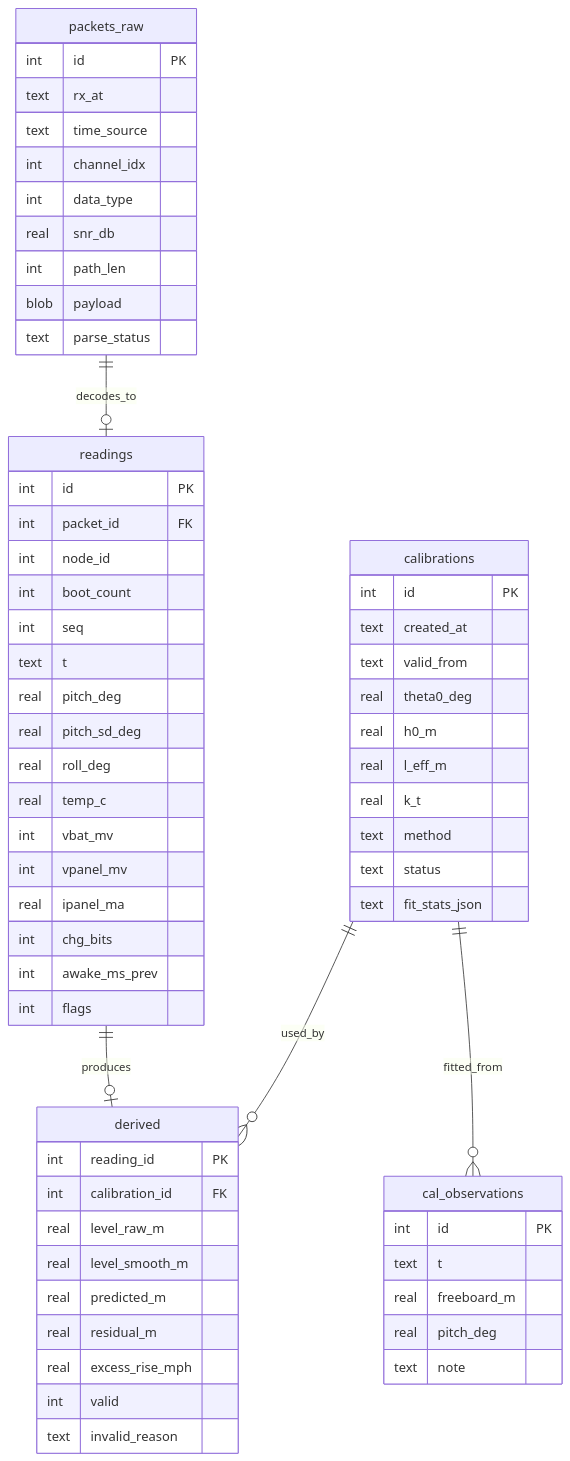
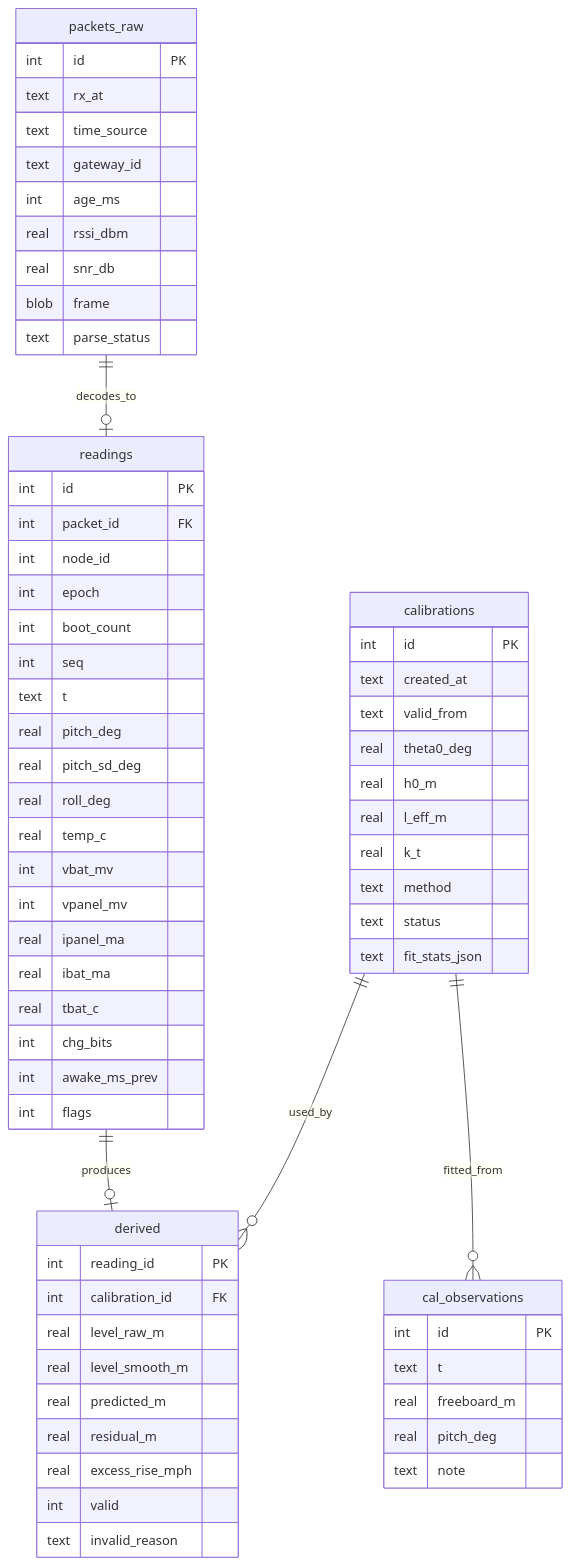
Before and after one commit to nickdnj/lora-ramp-tide-sensor: the sixth of 6 diagrams in docs/ARCHITECTURE.md, drawn with Mermaid. The commit also changed other lines of this file and 7 other files, not shown here.

````diff
--- a/docs/ARCHITECTURE.md
+++ b/docs/ARCHITECTURE.md
@@ -569,66 +627,69 @@
 ```mermaid
 erDiagram
     packets_raw ||--o| readings : decodes_to
     readings ||--o| derived : produces
     calibrations ||--o{ derived : used_by
     calibrations ||--o{ cal_observations : fitted_from
     packets_raw {
         int id PK
         text rx_at
         text time_source
-        int channel_idx
-        int data_type
+        text gateway_id
+        int age_ms
+        real rssi_dbm
         real snr_db
-        int path_len
-        blob payload
+        blob frame
         text parse_status
     }
     readings {
         int id PK
         int packet_id FK
         int node_id
+        int epoch
         int boot_count
         int seq
         text t
         real pitch_deg
         real pitch_sd_deg
         real roll_deg
         real temp_c
         int vbat_mv
         int vpanel_mv
         real ipanel_ma
+        real ibat_ma
+        real tbat_c
         int chg_bits
         int awake_ms_prev
         int flags
     }
     derived {
         int reading_id PK
         int calibration_id FK
         real level_raw_m
         real level_smooth_m
         real predicted_m
         real residual_m
         real excess_rise_mph
         int valid
         text invalid_reason
     }
     calibrations {
         int id PK
         text created_at
         text valid_from
         real theta0_deg
         real h0_m
         real l_eff_m
         real k_t
         text method
         text status
         text fit_stats_json
     }
     cal_observations {
         int id PK
         text t
         real freeboard_m
         real pitch_deg
         text note
     }
 ```
````
